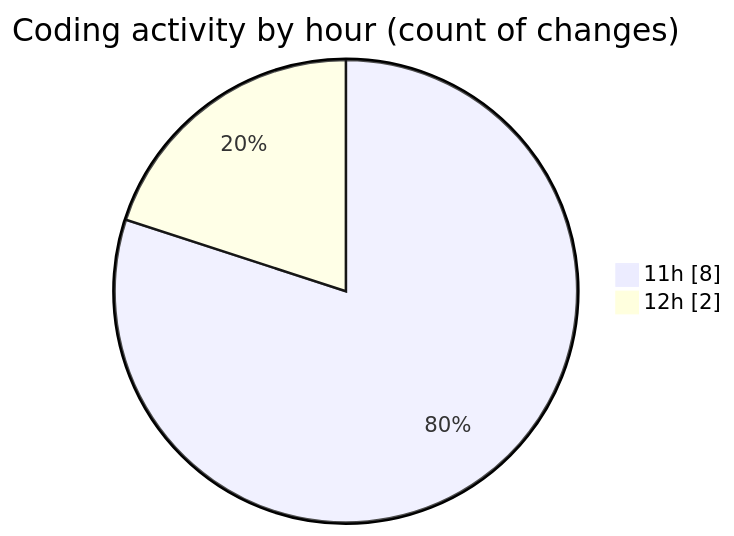
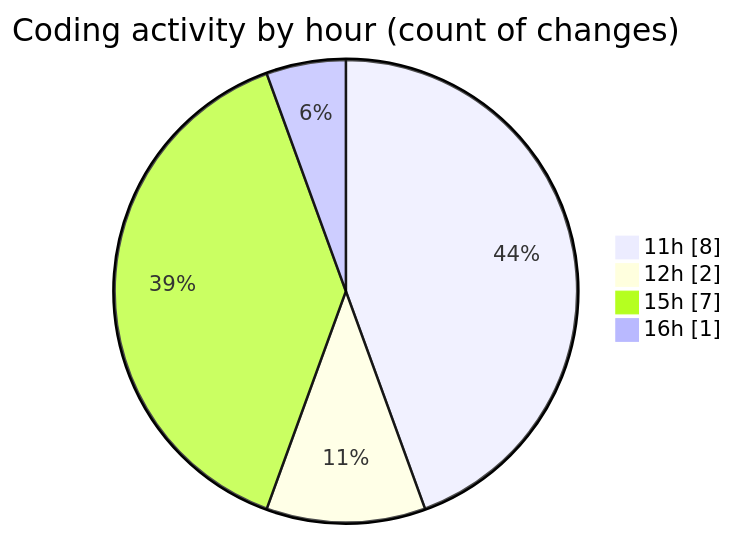
One commit to ricardozamudiocil/code-tracking changed the second of 2 diagrams in 2026-06-02/cilapp/README.md. Above: the diagram before and after it, drawn with Mermaid. The commit also changed other lines of this file and 1 other file, not shown here.

````diff
--- a/2026-06-02/cilapp/README.md
+++ b/2026-06-02/cilapp/README.md
@@ -36,6 +40,8 @@
 ```mermaid
 pie showData
 title Coding activity by hour (count of changes)
 "11h" : 8
 "12h" : 2
+"15h" : 7
+"16h" : 1
 ```
````
